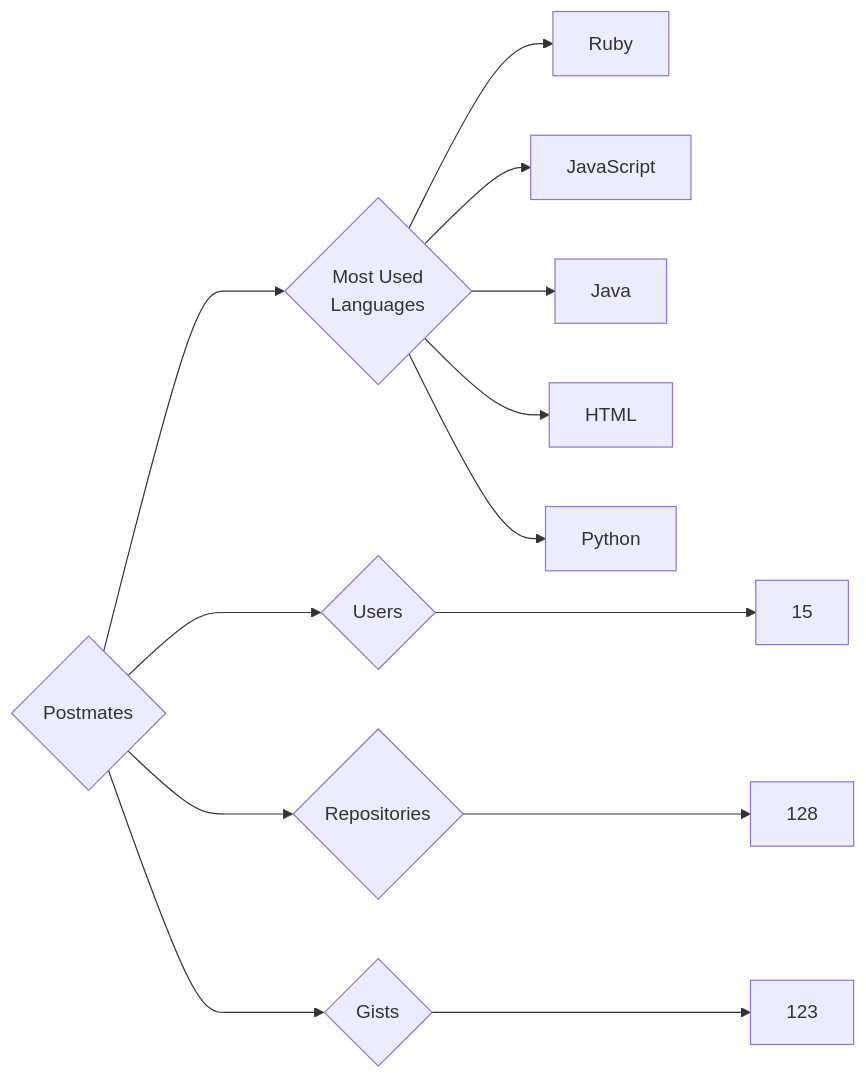
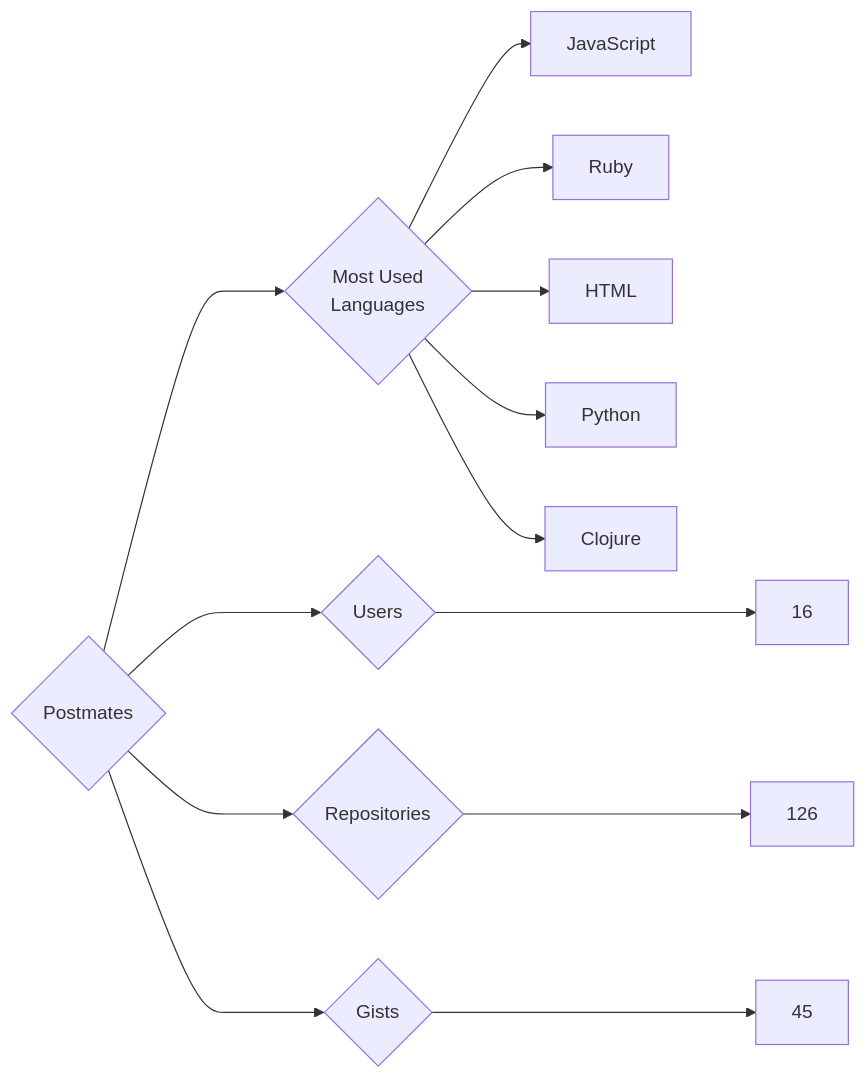
One commit to trickest/insiders changed the diagram in targets/Postmates/README.md. Above: the diagram before and after it, drawn with Mermaid. The commit also changed 1484 other files, not shown here.

````diff
--- a/targets/Postmates/README.md
+++ b/targets/Postmates/README.md
@@ -3,13 +3,13 @@
 ```mermaid
 graph LR
 COMPANY_NAME{Postmates}
-COMPANY_NAME ---> U{Users} ---> UN[15]
-COMPANY_NAME ---> R{Repositories} ---> RN[128]
-COMPANY_NAME ---> G{Gists} ---> GN[123]
+COMPANY_NAME ---> U{Users} ---> UN[16]
+COMPANY_NAME ---> R{Repositories} ---> RN[126]
+COMPANY_NAME ---> G{Gists} ---> GN[45]
 COMPANY_NAME ---> ML{Most Used<br>Languages}
+ML --> JavaScript[JavaScript]
 ML --> Ruby[Ruby]
-ML --> JavaScript[JavaScript]
-ML --> Java[Java]
 ML --> HTML[HTML]
 ML --> Python[Python]
+ML --> Clojure[Clojure]
 ```
````
